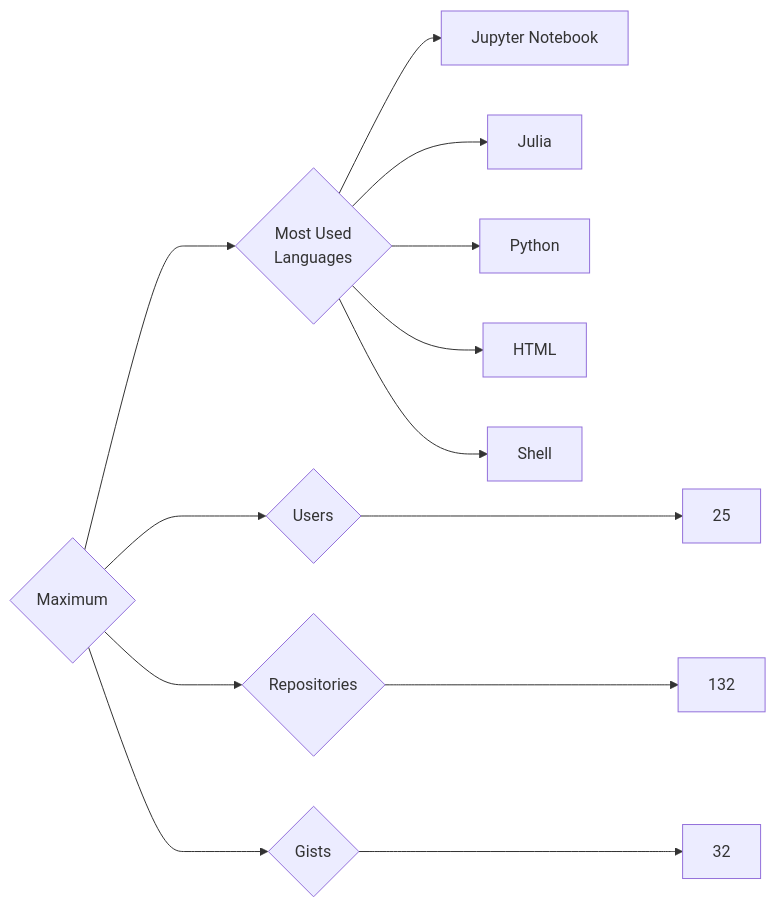
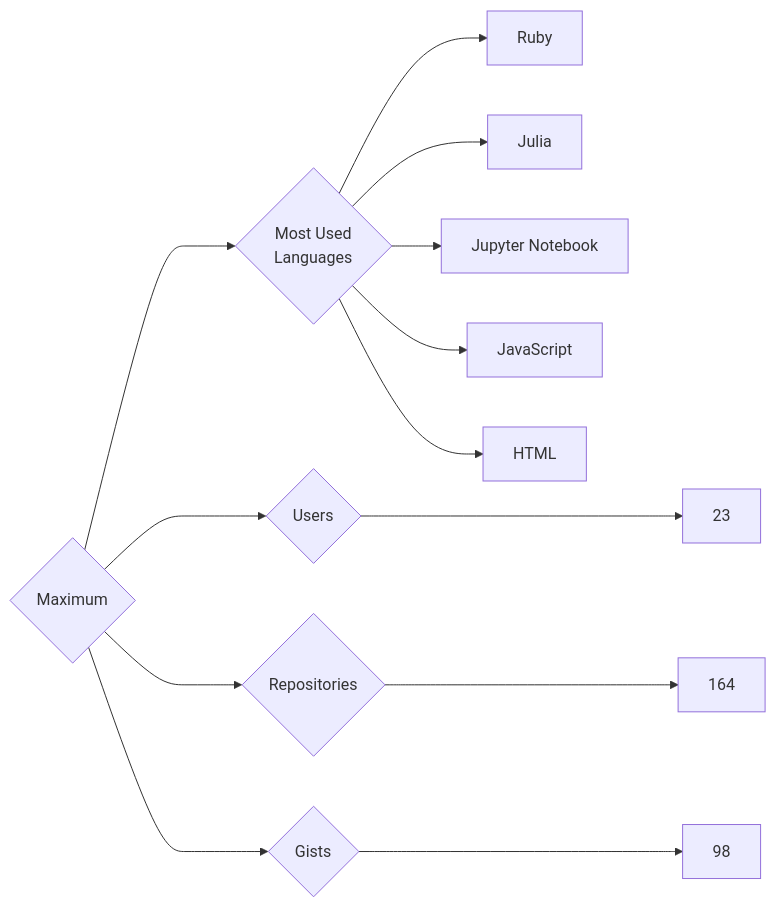
One commit to trickest/insiders changed the diagram in targets/Maximum/README.md. Above: the diagram before and after it, drawn with Mermaid. The commit also changed 912 other files, not shown here.

````diff
--- a/targets/Maximum/README.md
+++ b/targets/Maximum/README.md
@@ -3,13 +3,13 @@
 ```mermaid
 graph LR
 COMPANY_NAME{Maximum}
-COMPANY_NAME ---> U{Users} ---> UN[25]
-COMPANY_NAME ---> R{Repositories} ---> RN[132]
-COMPANY_NAME ---> G{Gists} ---> GN[32]
+COMPANY_NAME ---> U{Users} ---> UN[23]
+COMPANY_NAME ---> R{Repositories} ---> RN[164]
+COMPANY_NAME ---> G{Gists} ---> GN[98]
 COMPANY_NAME ---> ML{Most Used<br>Languages}
+ML --> Ruby[Ruby]
+ML --> Julia[Julia]
 ML --> Jupyter_Notebook[Jupyter Notebook]
-ML --> Julia[Julia]
-ML --> Python[Python]
+ML --> JavaScript[JavaScript]
 ML --> HTML[HTML]
-ML --> Shell[Shell]
 ```
````
